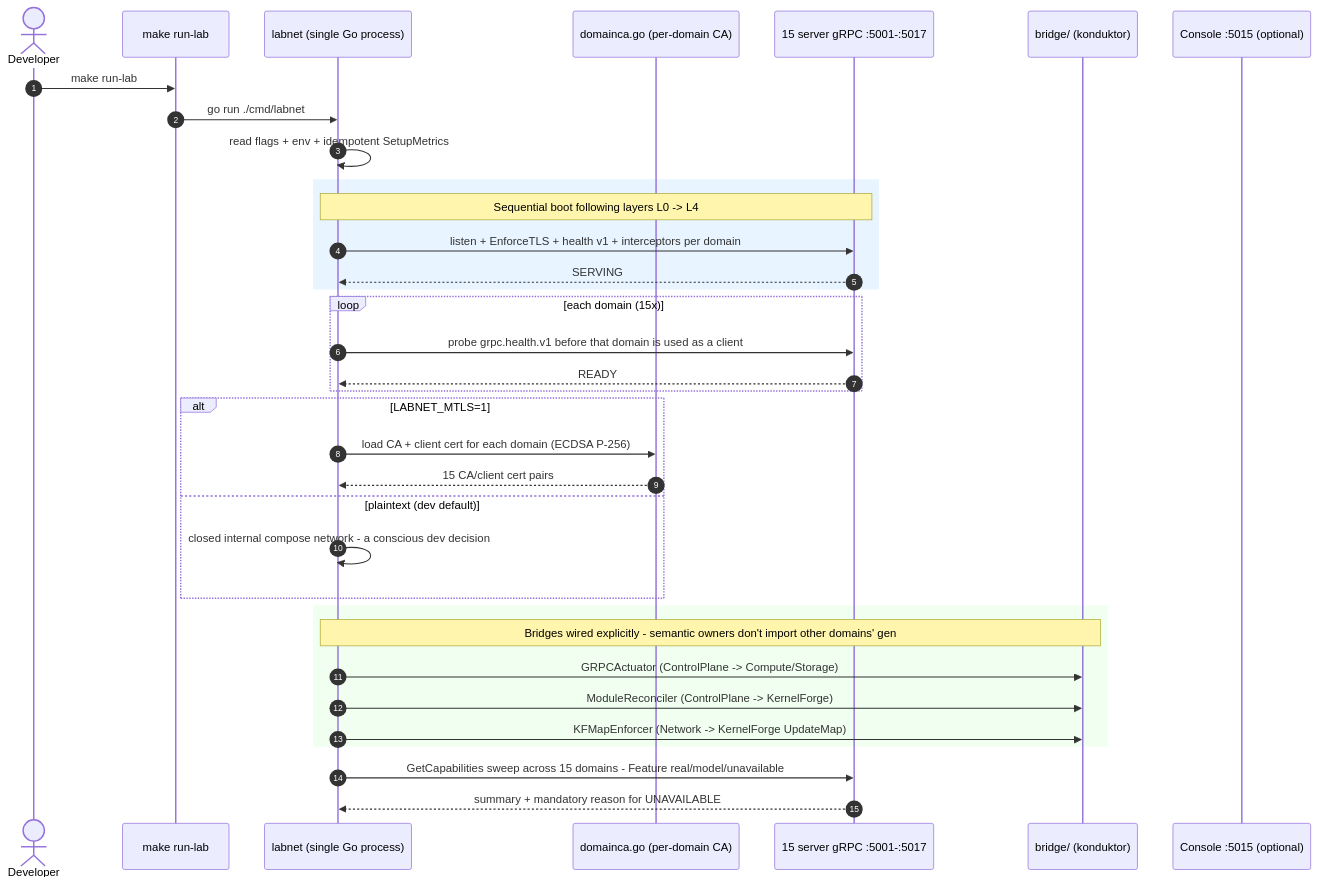
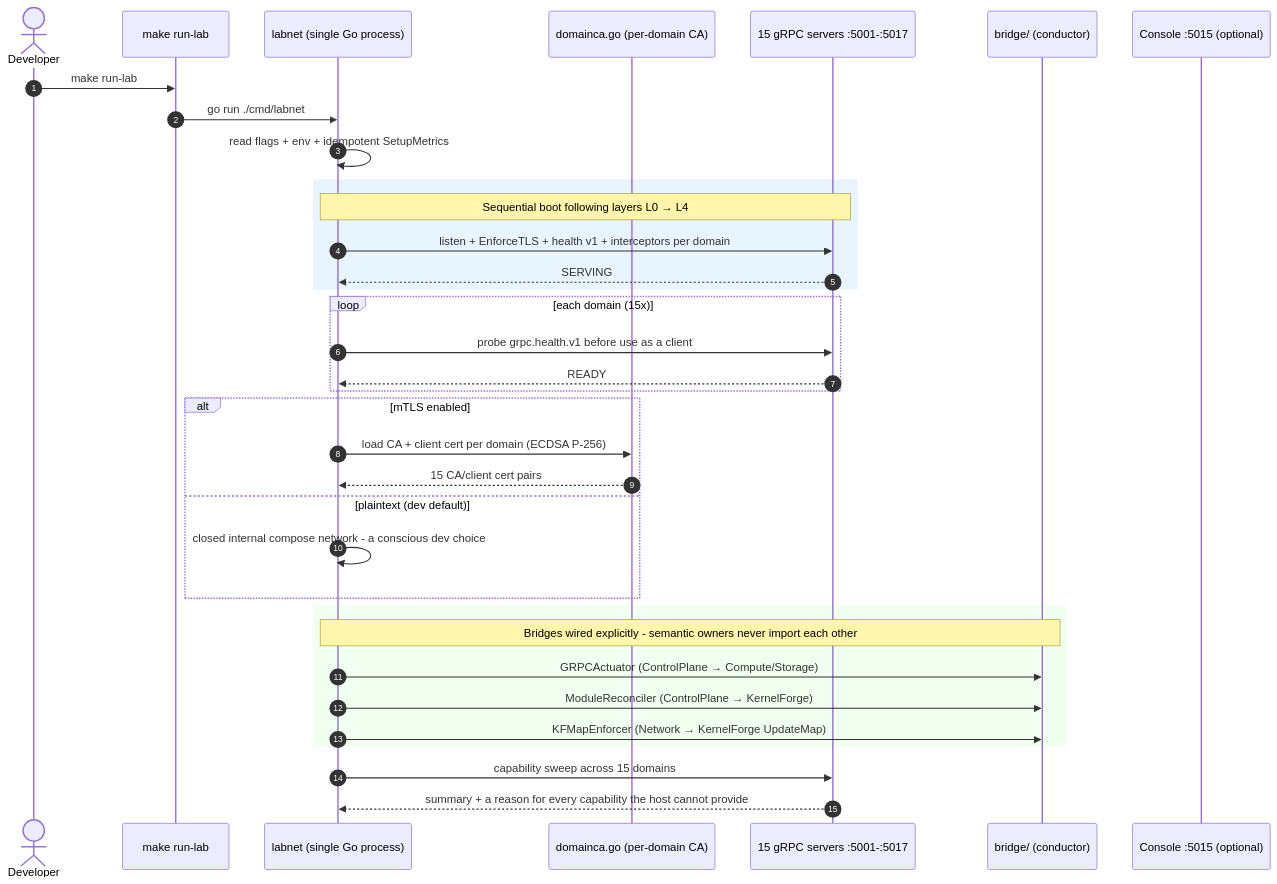
One commit to renaldyhidayatt/renaldyhidayatt.github.io changed the third of 7 diagrams in src/content/portfolio/pieroloka-golang.mdx. Above: the diagram before and after it, drawn with Mermaid. The commit also changed other lines of this file and 2 other files, not shown here.

First line of the commit message:
Add mini-sandbox-rust documentation: Kernel-Enforced Security Platform

````diff
--- a/src/content/portfolio/pieroloka-golang.mdx
+++ b/src/content/portfolio/pieroloka-golang.mdx
@@ -215,43 +174,43 @@
 ```mermaid
 sequenceDiagram
     autonumber
     actor U as Developer
     participant M as make run-lab
     participant L as labnet (single Go process)
     participant CA as domainca.go (per-domain CA)
-    participant D as 15 server gRPC :5001-:5017
-    participant B as bridge/ (konduktor)
+    participant D as 15 gRPC servers :5001-:5017
+    participant B as bridge/ (conductor)
     participant W as Console :5015 (optional)
 
     U->>M: make run-lab
     M->>L: go run ./cmd/labnet
     L->>L: read flags + env + idempotent SetupMetrics
 
     rect rgb(232, 244, 255)
-        Note over L,D: Sequential boot following layers L0 -> L4
+        Note over L,D: Sequential boot following layers L0 → L4
         L->>D: listen + EnforceTLS + health v1 + interceptors per domain
         D-->>L: SERVING
     end
 
     loop each domain (15x)
-        L->>D: probe grpc.health.v1 before that domain is used as a client
+        L->>D: probe grpc.health.v1 before use as a client
         D-->>L: READY
     end
 
-    alt LABNET_MTLS=1
-        L->>CA: load CA + client cert for each domain (ECDSA P-256)
+    alt mTLS enabled
+        L->>CA: load CA + client cert per domain (ECDSA P-256)
         CA-->>L: 15 CA/client cert pairs
     else plaintext (dev default)
-        L->>L: closed internal compose network - a conscious dev decision
+        L->>L: closed internal compose network - a conscious dev choice
     end
 
     rect rgb(240, 255, 240)
-        Note over L,B: Bridges wired explicitly - semantic owners don't import other domains' gen
-        L->>B: GRPCActuator (ControlPlane -> Compute/Storage)
-        L->>B: ModuleReconciler (ControlPlane -> KernelForge)
-        L->>B: KFMapEnforcer (Network -> KernelForge UpdateMap)
+        Note over L,B: Bridges wired explicitly - semantic owners never import each other
+        L->>B: GRPCActuator (ControlPlane → Compute/Storage)
+        L->>B: ModuleReconciler (ControlPlane → KernelForge)
+        L->>B: KFMapEnforcer (Network → KernelForge UpdateMap)
     end
 
-    L->>D: GetCapabilities sweep across 15 domains - Feature real/model/unavailable
-    D-->>L: summary + mandatory reason for UNAVAILABLE
+    L->>D: capability sweep across 15 domains
+    D-->>L: summary + a reason for every capability the host cannot provide
 ```
````
